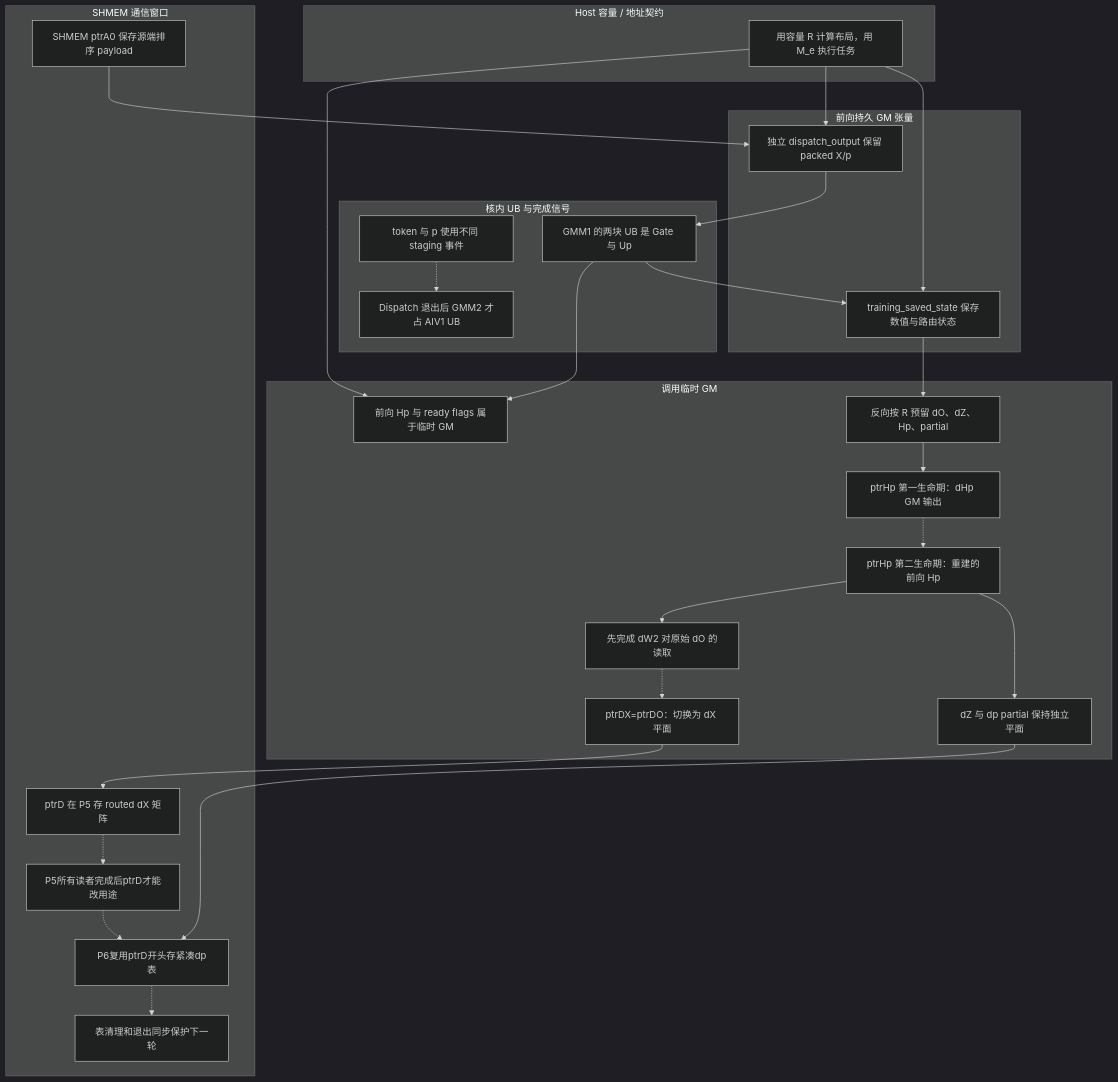
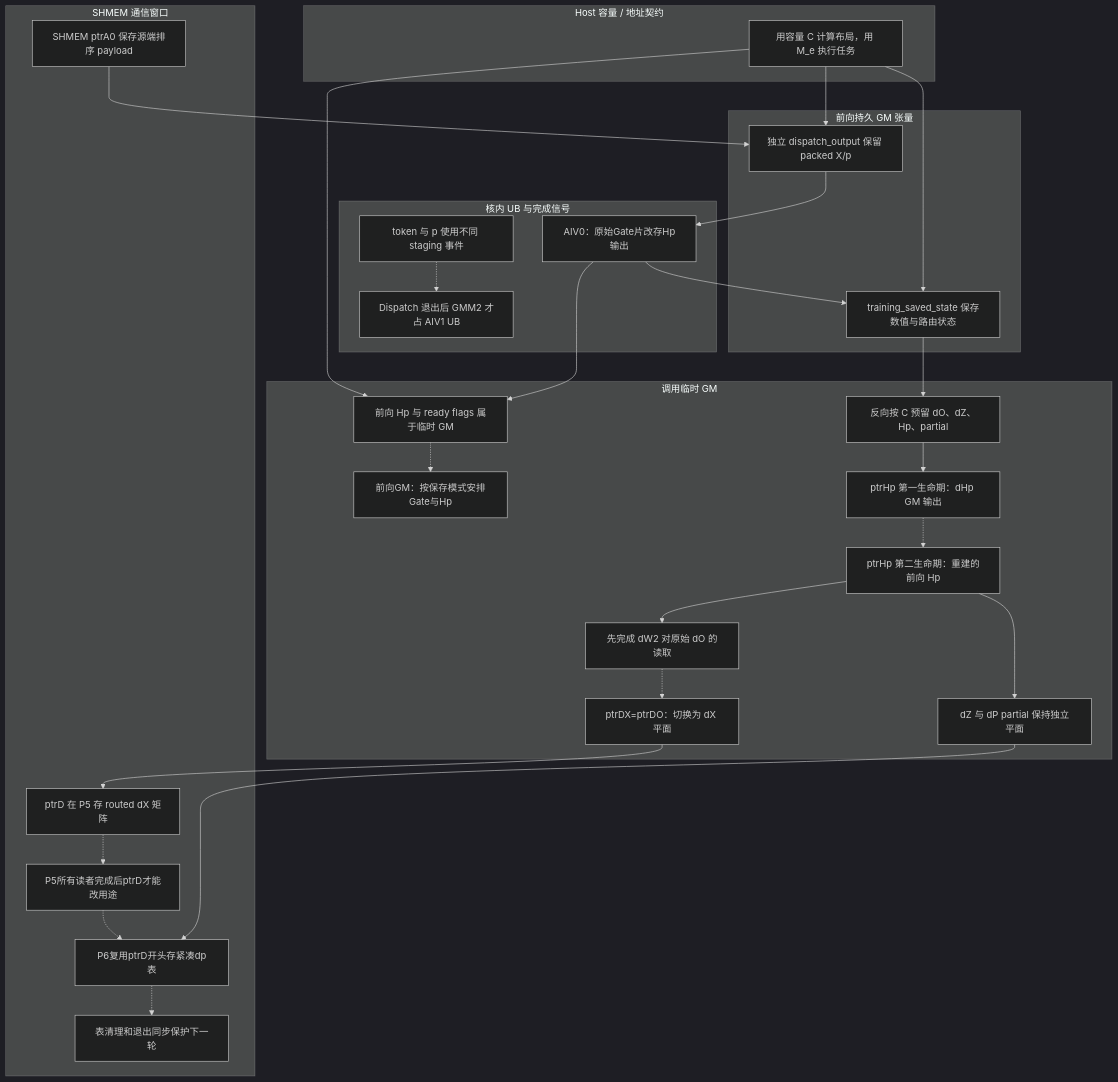
One commit to lueelu/DeepEP changed the diagram in experiments/megamoe_train/docs/visual/diagrams/07-memory.mmd. Above: the diagram before and after it, drawn with Mermaid (dark theme). The commit also changed 18 other files, not shown here.

```diff
--- a/experiments/megamoe_train/docs/visual/diagrams/07-memory.mmd
+++ b/experiments/megamoe_train/docs/visual/diagrams/07-memory.mmd
@@ -1,48 +1,50 @@
 flowchart TB
   subgraph lane_m_host["Host 容量 / 地址契约"]
-    m_sizes["用容量 R 计算布局，用 M_e 执行任务"]
+    m_sizes["用容量 C 计算布局，用 M_e 执行任务"]
   end
   subgraph lane_m_saved["前向持久 GM 张量"]
     m_dispatch_persist["独立 dispatch_output 保留 packed X/p"]
     m_saved_state["training_saved_state 保存数值与路由状态"]
   end
   subgraph lane_m_scratch["调用临时 GM"]
     m_forward_transient["前向 Hp 与 ready flags 属于临时 GM"]
-    m_backward_planes["反向按 R 预留 dO、dZ、Hp、partial"]
+    m_fwd_gm_alias["前向GM：按保存模式安排Gate与Hp"]
+    m_backward_planes["反向按 C 预留 dO、dZ、Hp、partial"]
     m_dhp_alias["ptrHp 第一生命期：dHp GM 输出"]
     m_hp_overwrite["ptrHp 第二生命期：重建的前向 Hp"]
-    m_dz_partials["dZ 与 dp partial 保持独立平面"]
+    m_dz_partials["dZ 与 dP partial 保持独立平面"]
     m_do_last_reader["先完成 dW2 对原始 dO 的读取"]
     m_dx_alias["ptrDX=ptrDO：切换为 dX 平面"]
   end
   subgraph lane_m_ub["核内 UB 与完成信号"]
-    m_fwd_ub["GMM1 的两块 UB 是 Gate 与 Up"]
+    m_fwd_ub["AIV0：原始Gate片改存Hp输出"]
     m_dispatch_buffers["token 与 p 使用不同 staging 事件"]
     m_ub_handoff["Dispatch 退出后 GMM2 才占 AIV1 UB"]
   end
   subgraph lane_m_peer["SHMEM 通信窗口"]
     m_peer_input["SHMEM ptrA0 保存源端排序 payload"]
     m_return_dx["ptrD 在 P5 存 routed dX 矩阵"]
     m_ptrd_switch["P5所有读者完成后ptrD才能改用途"]
     m_ptrd_dp["P6复用ptrD开头存紧凑dp表"]
     m_window_exit["表清理和退出同步保护下一轮"]
   end
   m_sizes --> m_dispatch_persist
   m_sizes --> m_saved_state
   m_sizes --> m_forward_transient
   m_peer_input --> m_dispatch_persist
   m_dispatch_persist --> m_fwd_ub
   m_fwd_ub --> m_saved_state
   m_fwd_ub --> m_forward_transient
   m_dispatch_buffers -.-> m_ub_handoff
   m_saved_state --> m_backward_planes
   m_backward_planes --> m_dhp_alias
   m_dhp_alias -.-> m_hp_overwrite
   m_hp_overwrite --> m_dz_partials
   m_hp_overwrite --> m_do_last_reader
   m_do_last_reader -.-> m_dx_alias
   m_dx_alias --> m_return_dx
   m_return_dx -.-> m_ptrd_switch
   m_ptrd_switch -.-> m_ptrd_dp
   m_dz_partials --> m_ptrd_dp
   m_ptrd_dp -.-> m_window_exit
+  m_forward_transient -.-> m_fwd_gm_alias
```
